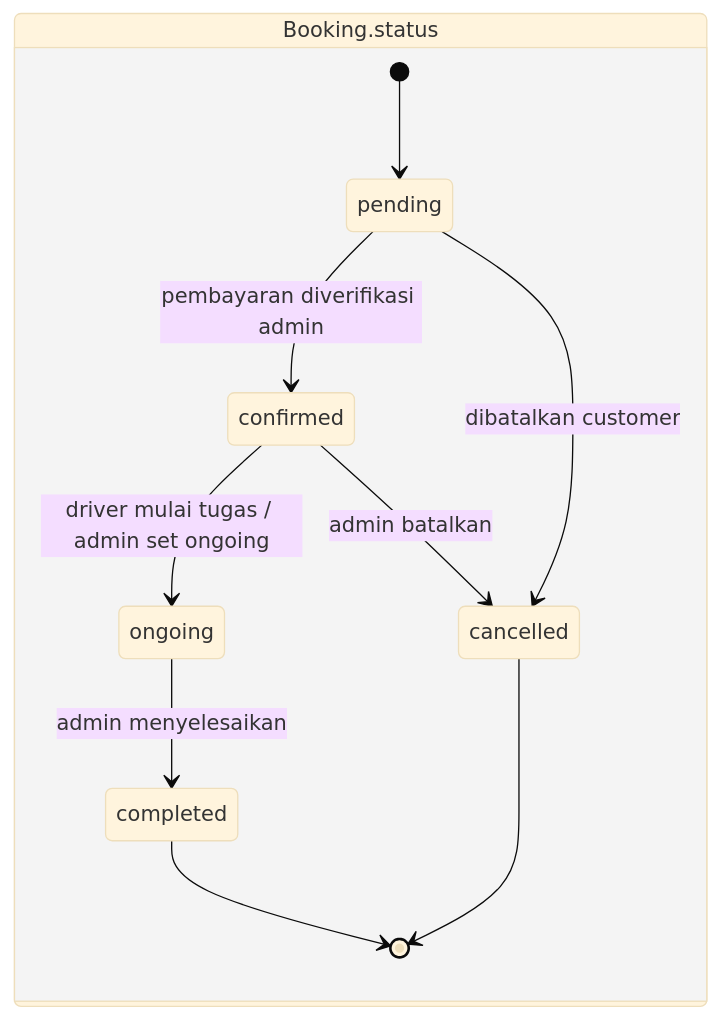
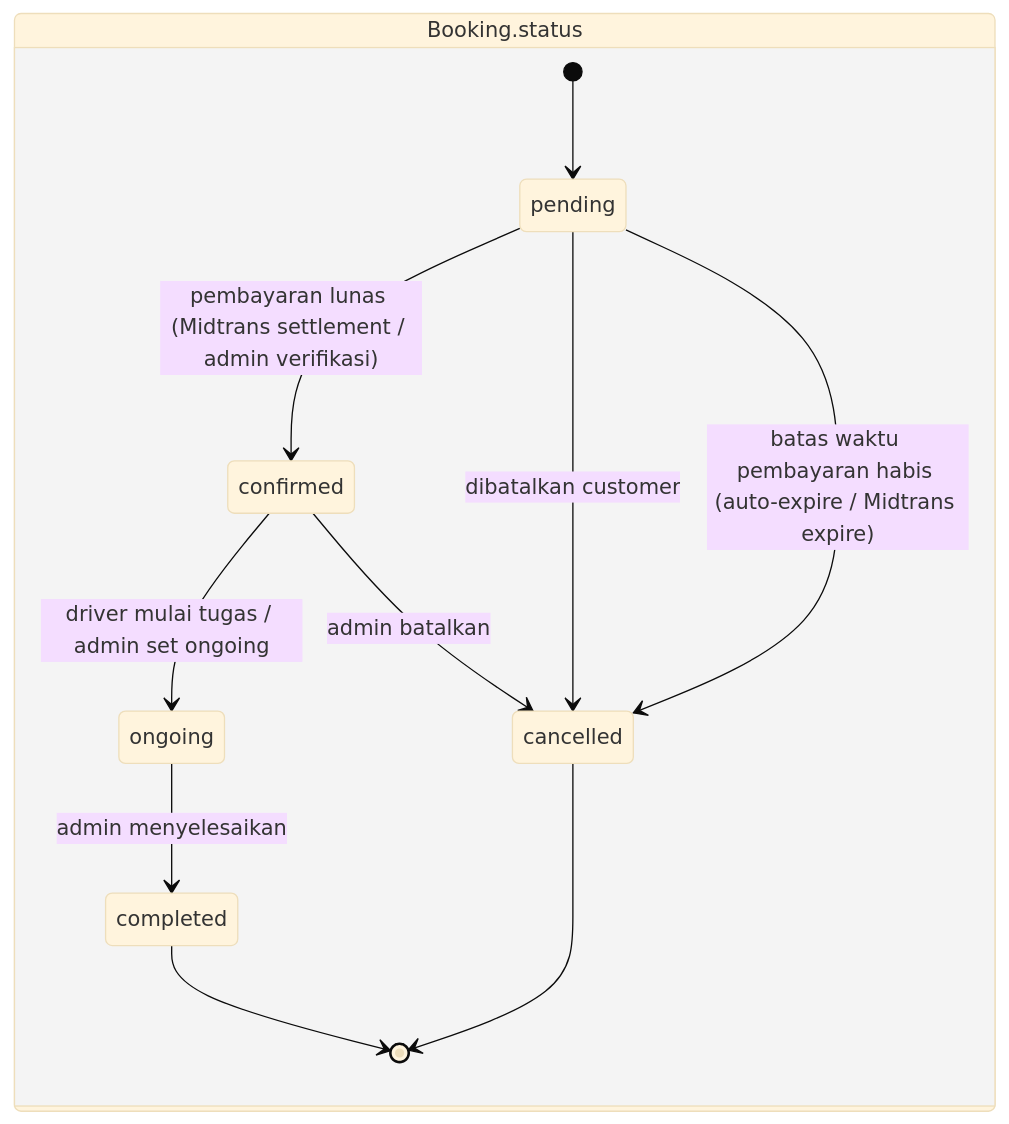
Before and after one commit to FaridRah16/Prasetya-Rent-Car-: the first of 3 diagrams in docs/03-struktur-tabel.md, drawn with Mermaid (base theme). The commit also changed other lines of this file and 12 other files, not shown here.

````diff
--- a/docs/03-struktur-tabel.md
+++ b/docs/03-struktur-tabel.md
@@ -106,14 +127,15 @@
 ```mermaid
 stateDiagram-v2
     direction LR
     state "Booking.status" as B {
         [*] --> pending
-        pending --> confirmed : pembayaran diverifikasi admin
+        pending --> confirmed : pembayaran lunas (Midtrans settlement / admin verifikasi)
         pending --> cancelled : dibatalkan customer
+        pending --> cancelled : batas waktu pembayaran habis (auto-expire / Midtrans expire)
         confirmed --> ongoing : driver mulai tugas / admin set ongoing
         ongoing --> completed : admin menyelesaikan
         confirmed --> cancelled : admin batalkan
         completed --> [*]
         cancelled --> [*]
     }
 ```
````
